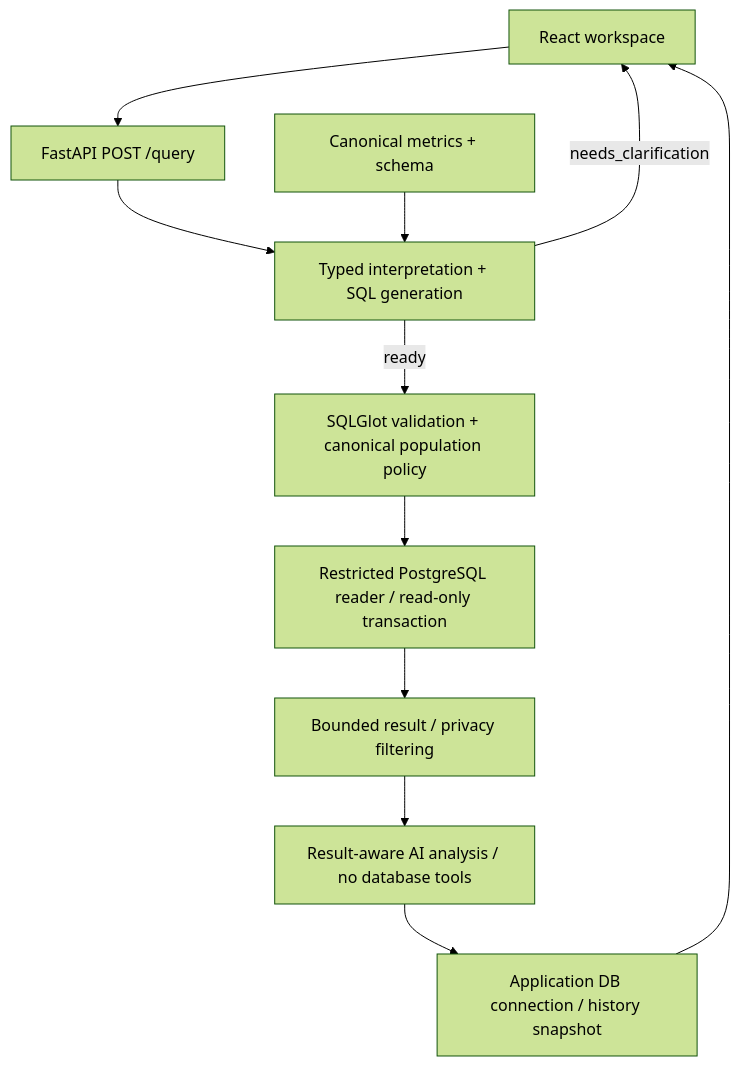
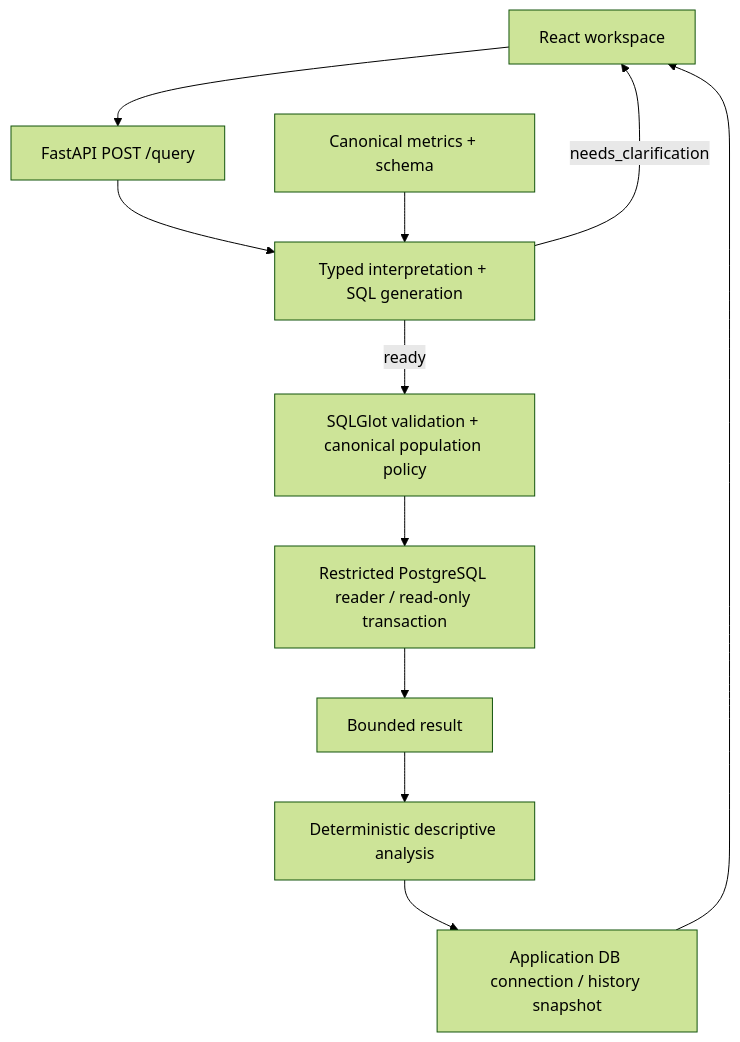
Before and after one commit to iayushmahajan/analytics-query-assistant: the diagram in README.md, drawn with Mermaid (forest theme). The commit also changed other lines of this file and 14 other files, not shown here.

````diff
--- a/README.md
+++ b/README.md
@@ -21,13 +21,13 @@
 ```mermaid
 flowchart TD
     U[React workspace] --> Q[FastAPI POST /query]
     Q --> G[Typed interpretation + SQL generation]
     M[Canonical metrics + schema] --> G
     G -->|needs_clarification| U
     G -->|ready| V[SQLGlot validation + canonical population policy]
     V --> R[Restricted PostgreSQL reader / read-only transaction]
-    R --> B[Bounded result / privacy filtering]
-    B --> A[Result-aware AI analysis / no database tools]
+    R --> B[Bounded result]
+    B --> A[Deterministic descriptive analysis]
     A --> H[Application DB connection / history snapshot]
     H --> U
 ```
````
